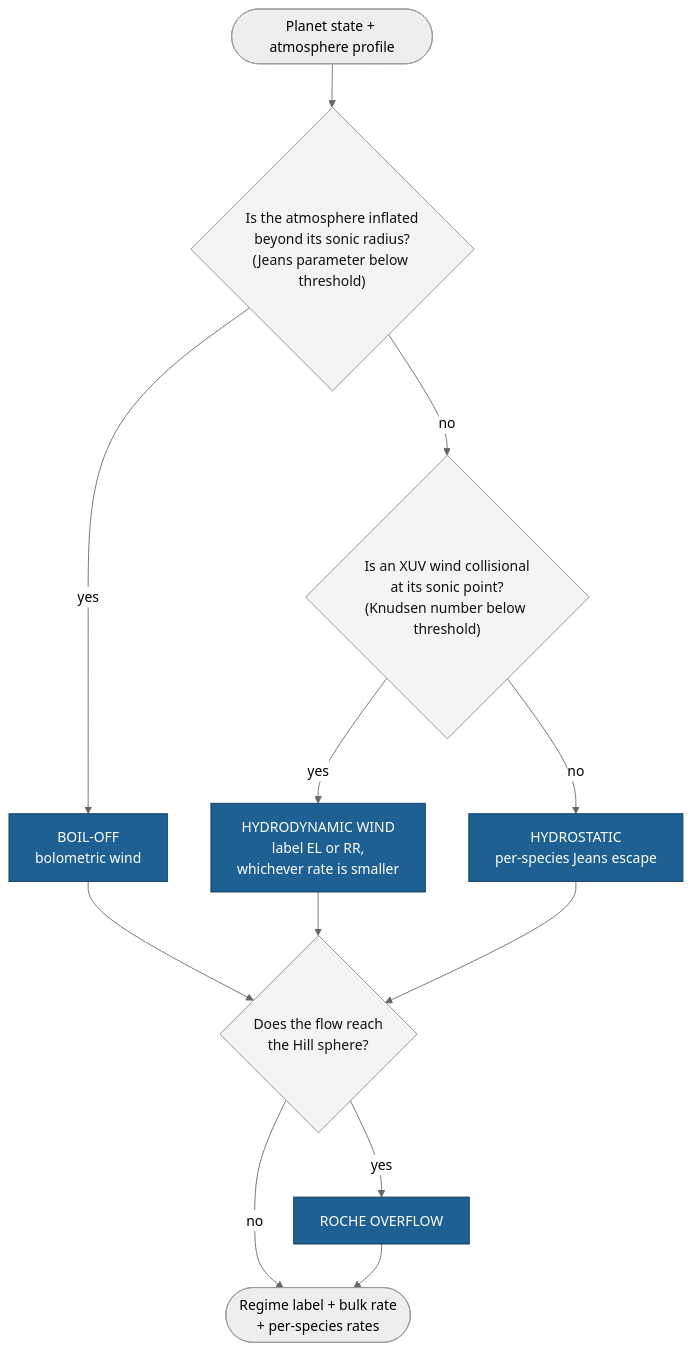
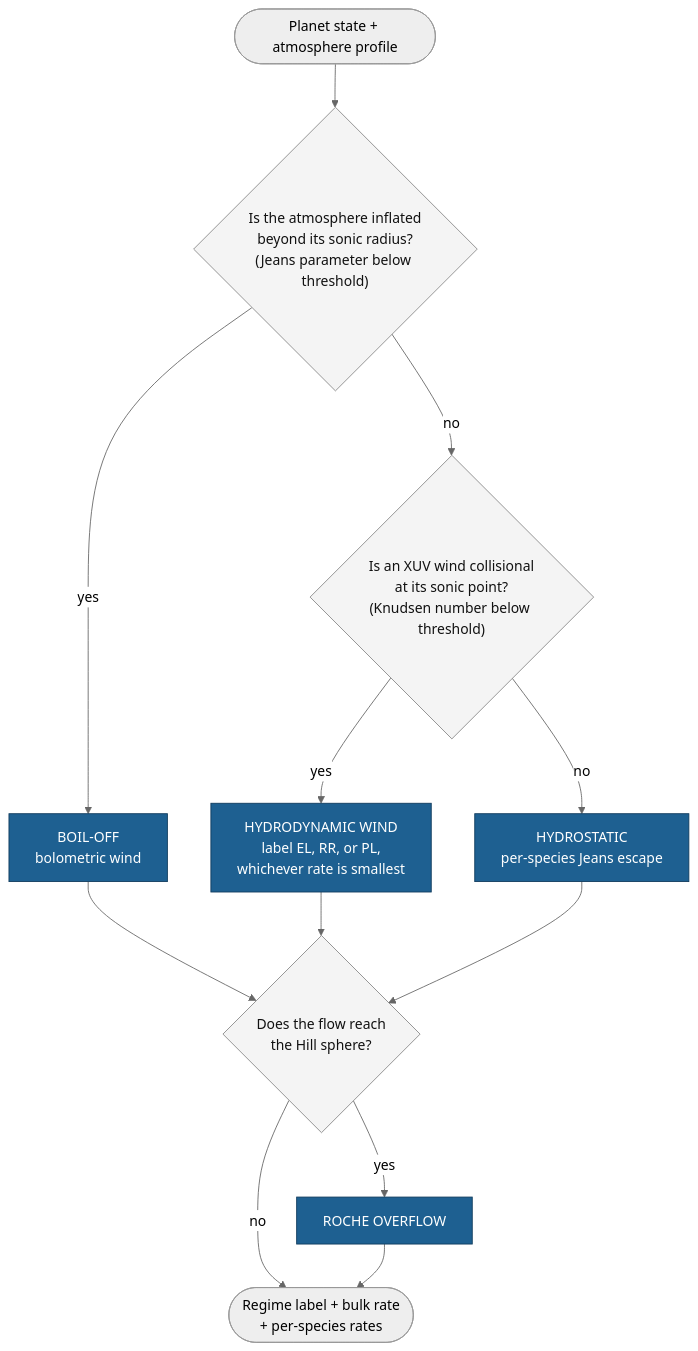
The diagram in docs/Explanations/model.md (FormingWorlds/ZEPHYRUS), drawn with Mermaid (neutral theme) before and after one commit. The commit also changed other lines of this file and 12 other files, not shown here.

````diff
--- a/docs/Explanations/model.md
+++ b/docs/Explanations/model.md
@@ -22,18 +23,18 @@
 ```mermaid
 flowchart TD
     IN(["Planet state + atmosphere profile"]) --> Q1{"Is the atmosphere inflated<br/>beyond its sonic radius?<br/>(Jeans parameter below threshold)"}
     Q1 -- yes --> BO["BOIL-OFF<br/>bolometric wind"]
     Q1 -- no --> Q2{"Is an XUV wind collisional<br/>at its sonic point?<br/>(Knudsen number below threshold)"}
-    Q2 -- yes --> HD["HYDRODYNAMIC WIND<br/>label EL or RR,<br/>whichever rate is smaller"]
+    Q2 -- yes --> HD["HYDRODYNAMIC WIND<br/>label EL, RR, or PL,<br/>whichever rate is smallest"]
     Q2 -- no --> HS["HYDROSTATIC<br/>per-species Jeans escape"]
     BO --> Q3{"Does the flow reach<br/>the Hill sphere?"}
     HD --> Q3
     HS --> Q3
     Q3 -- yes --> RO["ROCHE OVERFLOW"]
     Q3 -- no --> OUT(["Regime label + bulk rate<br/>+ per-species rates"])
     RO --> OUT
     classDef regime fill:#1e6091,stroke:#0f3a5c,color:#ffffff
     classDef decision fill:#f4f4f4,stroke:#888888,color:#111111
     class BO,HD,HS,RO regime
     class Q1,Q2,Q3 decision
 ```
````
